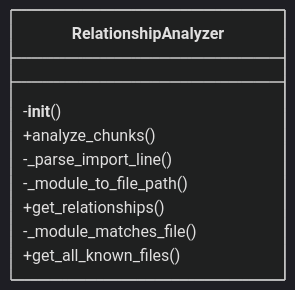
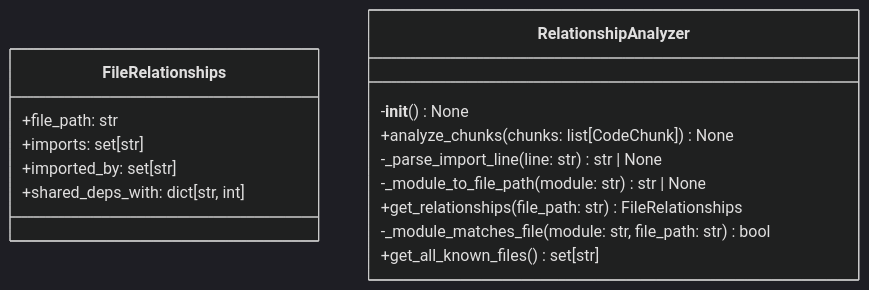
One commit to UrbanDiver/local-deepwiki-mcp changed the first of 2 diagrams in .deepwiki/files/src/local_deepwiki/generators/see_also.md. Above: the diagram before and after it, drawn with Mermaid (dark theme). The commit also changed other lines of this file and 75 other files, not shown here.

````diff
--- a/.deepwiki/files/src/local_deepwiki/generators/see_also.md
+++ b/.deepwiki/files/src/local_deepwiki/generators/see_also.md
@@ -251,12 +175,18 @@
 ```mermaid
 classDiagram
+    class FileRelationships {
+        +file_path: str
+        +imports: set[str]
+        +imported_by: set[str]
+        +shared_deps_with: dict[str, int]
+    }
     class RelationshipAnalyzer {
-        -__init__()
-        +analyze_chunks()
-        -_parse_import_line()
-        -_module_to_file_path()
-        +get_relationships()
-        -_module_matches_file()
-        +get_all_known_files()
+        -__init__() None
+        +analyze_chunks(chunks: list[CodeChunk]) None
+        -_parse_import_line(line: str) str | None
+        -_module_to_file_path(module: str) str | None
+        +get_relationships(file_path: str) FileRelationships
+        -_module_matches_file(module: str, file_path: str) bool
+        +get_all_known_files() set[str]
     }
 ```
````
